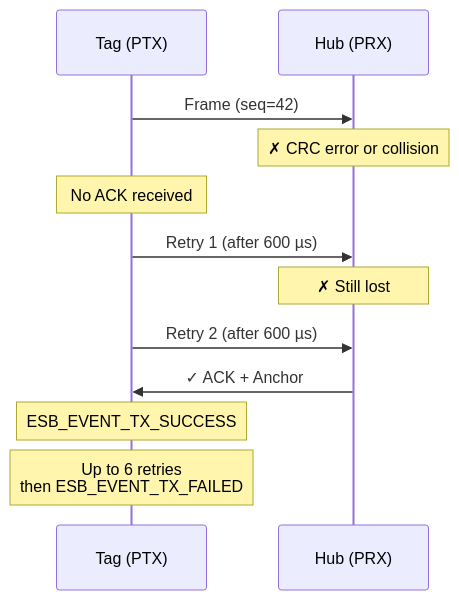
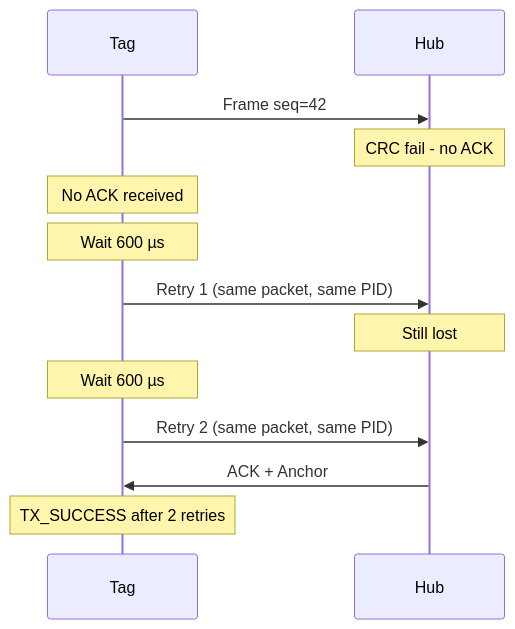
One commit to Mrunmoy/HelixDrift changed the third of 7 diagrams in docs/RF_PROTOCOL_REFERENCE.md. Above: the diagram before and after it, drawn with Mermaid. The commit also changed other lines of this file, not shown here.

````diff
--- a/docs/RF_PROTOCOL_REFERENCE.md
+++ b/docs/RF_PROTOCOL_REFERENCE.md
@@ -207,18 +685,16 @@
 ```mermaid
 sequenceDiagram
-    participant Tag as Tag (PTX)
-    participant Hub as Hub (PRX)
+    participant Tag as Tag
+    participant Hub as Hub
 
-    Tag->>Hub: Frame (seq=42)
-    Note over Hub: ✗ CRC error or collision
+    Tag->>Hub: Frame seq=42
+    Note over Hub: CRC fail - no ACK
     Note over Tag: No ACK received
-
-    Tag->>Hub: Retry 1 (after 600 µs)
-    Note over Hub: ✗ Still lost
-
-    Tag->>Hub: Retry 2 (after 600 µs)
-    Hub->>Tag: ✓ ACK + Anchor
-
-    Note over Tag: ESB_EVENT_TX_SUCCESS
-    Note over Tag: Up to 6 retries<br/>then ESB_EVENT_TX_FAILED
+    Note over Tag: Wait 600 µs
+    Tag->>Hub: Retry 1 (same packet, same PID)
+    Note over Hub: Still lost
+    Note over Tag: Wait 600 µs
+    Tag->>Hub: Retry 2 (same packet, same PID)
+    Hub->>Tag: ACK + Anchor
+    Note over Tag: TX_SUCCESS after 2 retries
 ```
````
